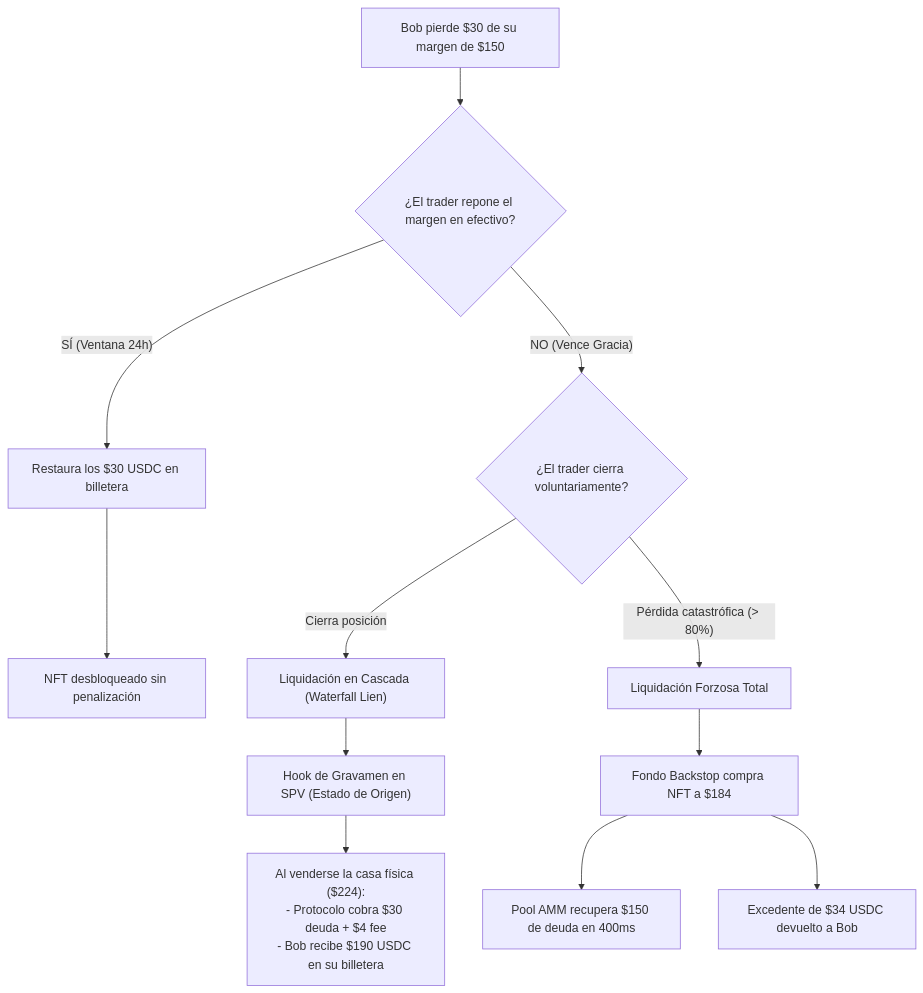
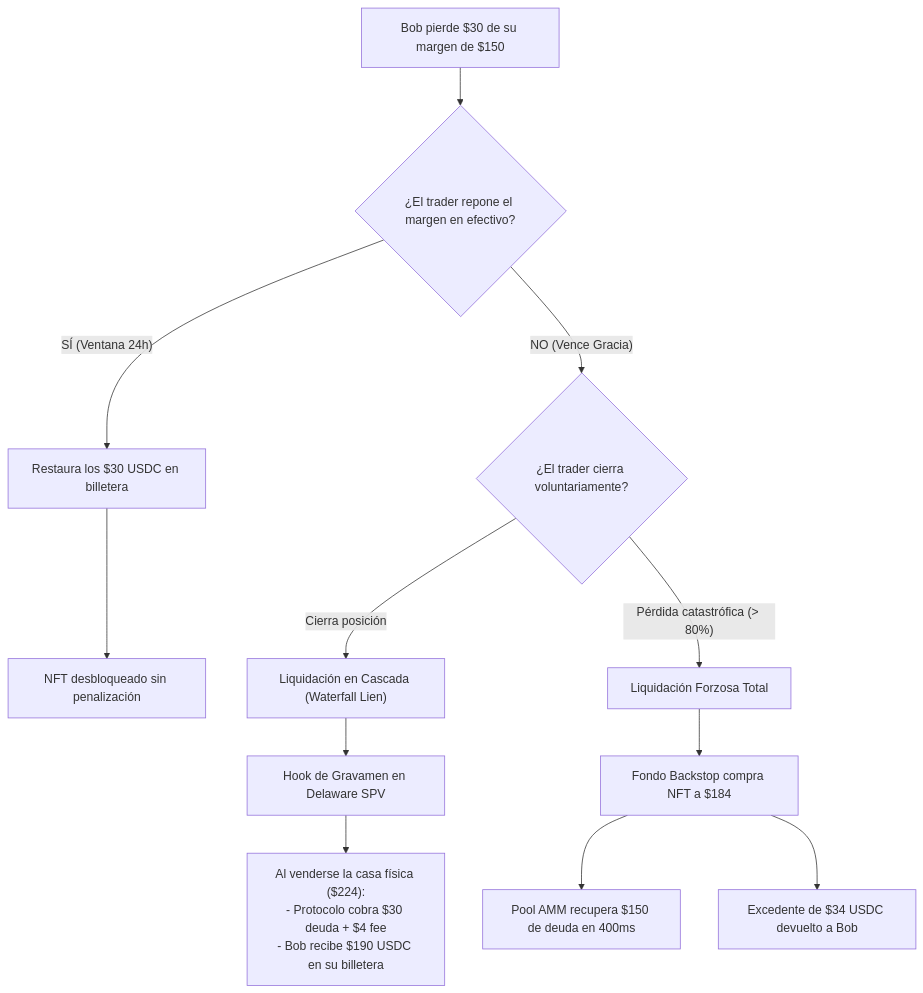
The second of 3 diagrams in BRIDS-Brain/01 Negocio/02 Producto & Ingenieria/rfcs-tecnicos/epic-016-rwa-yield-bearing-margin-collateral.md (jeisonsosablockdev/BRIDS-KNOWLEDGE-FORT), drawn with Mermaid before and after one commit. The commit also changed other lines of this file and 28 other files, not shown here.

First line of the commit message:
fix(compliance): align dual-entity architecture to Delaware C-Corp vs Delaware SPVs across vault

````diff
--- a/BRIDS-Brain/01 Negocio/02 Producto & Ingenieria/rfcs-tecnicos/epic-016-rwa-yield-bearing-margin-collateral.md
+++ b/BRIDS-Brain/01 Negocio/02 Producto & Ingenieria/rfcs-tecnicos/epic-016-rwa-yield-bearing-margin-collateral.md
@@ -111,18 +111,18 @@
 ```mermaid
 flowchart TD
     TradeLoss["Bob pierde $30 de su margen de $150"] --> Check{"¿El trader repone el margen en efectivo?"}
     
     Check -- "SÍ (Ventana 24h)" --> Restitution["Restaura los $30 USDC en billetera"]
     Restitution --> NFTFree["NFT desbloqueado sin penalización"]
     
     Check -- "NO (Vence Gracia)" --> Route{"¿El trader cierra voluntariamente?"}
     
     Route -- "Cierra posición" --> Waterfall["Liquidación en Cascada (Waterfall Lien)"]
-    Waterfall --> Hook["Hook de Gravamen en SPV (Estado de Origen)"]
+    Waterfall --> Hook["Hook de Gravamen en Delaware SPV"]
     Hook --> Settlement["Al venderse la casa física ($224):<br/>- Protocolo cobra $30 deuda + $4 fee<br/>- Bob recibe $190 USDC en su billetera"]
     
     Route -- "Pérdida catastrófica (> 80%)" --> ForcedConfiscation["Liquidación Forzosa Total"]
     ForcedConfiscation --> Backstop["Fondo Backstop compra NFT a $184"]
     Backstop --> PoolRefund["Pool AMM recupera $150 de deuda en 400ms"]
     Backstop --> ExcessRefund["Excedente de $34 USDC devuelto a Bob"]
 ```
````
